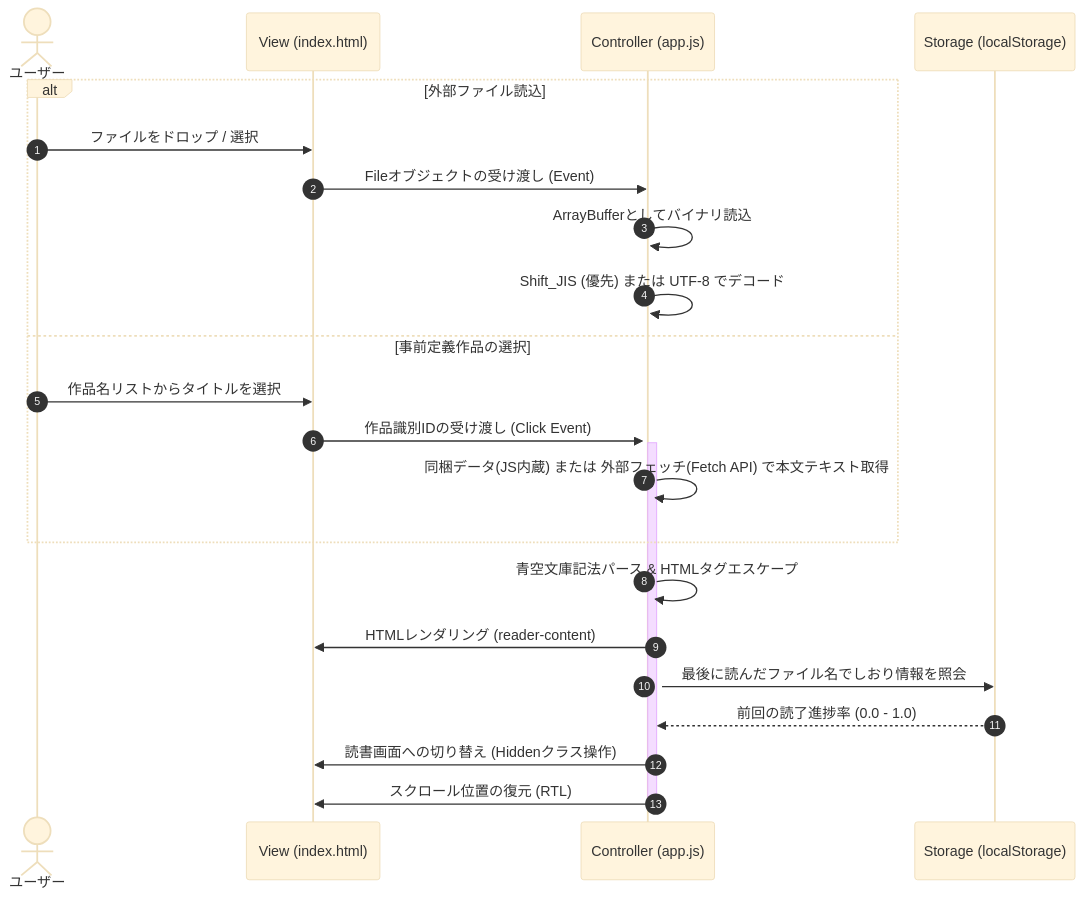
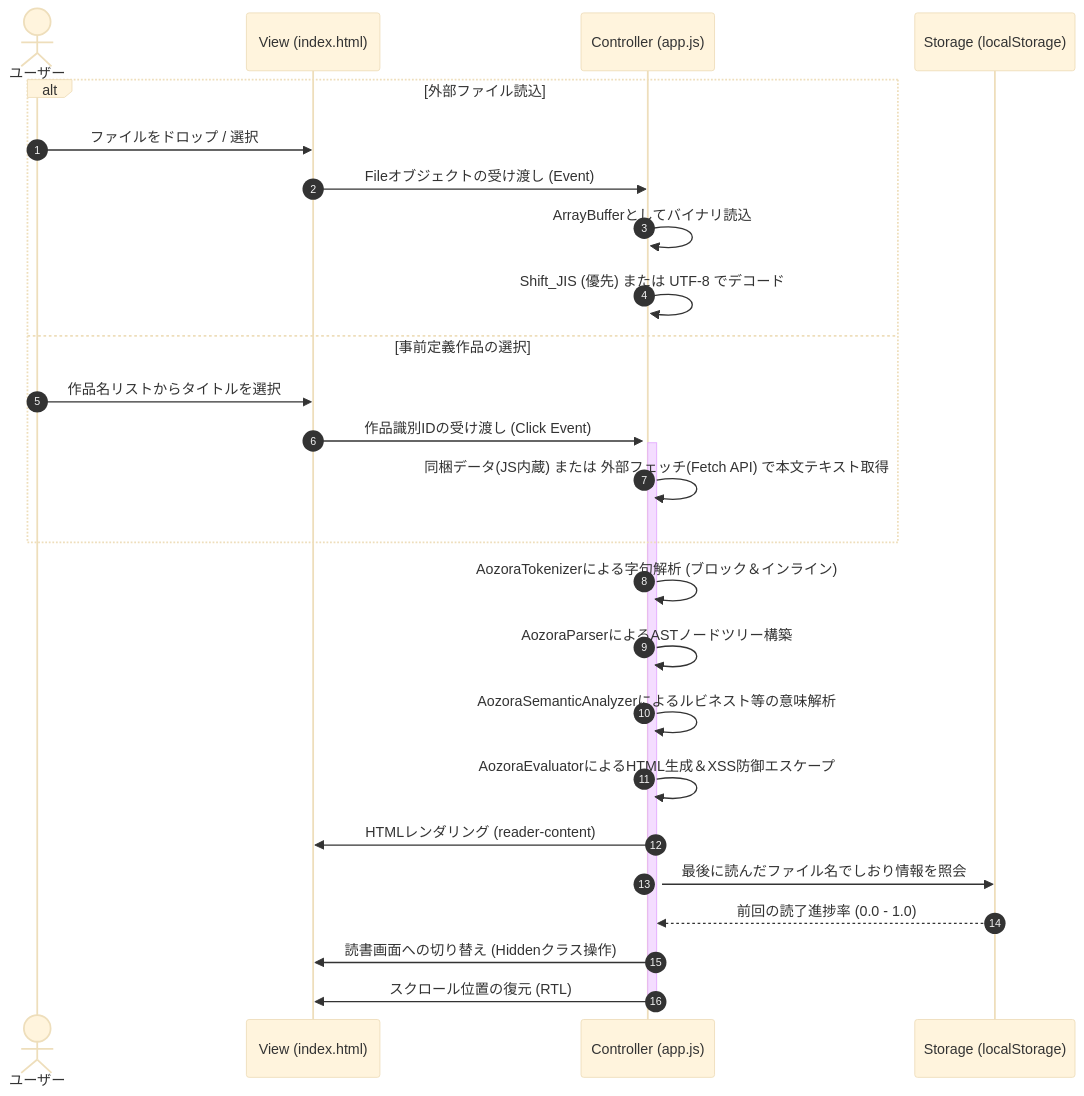
The third of 4 diagrams in docs/DSN-01-high_level_design.md (rokujyouhitoma/yuzora), drawn with Mermaid (base theme) before and after one commit. The commit also changed other lines of this file and 1 other file, not shown here.

````diff
--- a/docs/DSN-01-high_level_design.md
+++ b/docs/DSN-01-high_level_design.md
@@ -154,28 +158,31 @@
 ```mermaid
 sequenceDiagram
     autonumber
     actor ユーザー
     participant V as View (index.html)
     participant C as Controller (app.js)
     participant S as Storage (localStorage)
 
     alt 外部ファイル読込
         ユーザー->>V: ファイルをドロップ / 選択
         V->>C: Fileオブジェクトの受け渡し (Event)
         activate C
         C->>C: ArrayBufferとしてバイナリ読込
         C->>C: Shift_JIS (優先) または UTF-8 でデコード
     else 事前定義作品の選択
         ユーザー->>V: 作品名リストからタイトルを選択
         V->>C: 作品識別IDの受け渡し (Click Event)
         activate C
         C->>C: 同梱データ(JS内蔵) または 外部フェッチ(Fetch API) で本文テキスト取得
     end
-    C->>C: 青空文庫記法パース & HTMLタグエスケープ
+    C->>C: AozoraTokenizerによる字句解析 (ブロック＆インライン)
+    C->>C: AozoraParserによるASTノードツリー構築
+    C->>C: AozoraSemanticAnalyzerによるルビネスト等の意味解析
+    C->>C: AozoraEvaluatorによるHTML生成＆XSS防御エスケープ
     C->>V: HTMLレンダリング (reader-content)
     C->>S: 最後に読んだファイル名でしおり情報を照会
     S-->>C: 前回の読了進捗率 (0.0 - 1.0)
     C->>V: 読書画面への切り替え (Hiddenクラス操作)
     C->>V: スクロール位置の復元 (RTL)
     deactivate C
 ```
````
